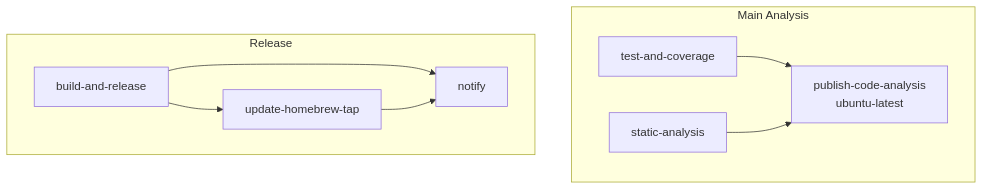
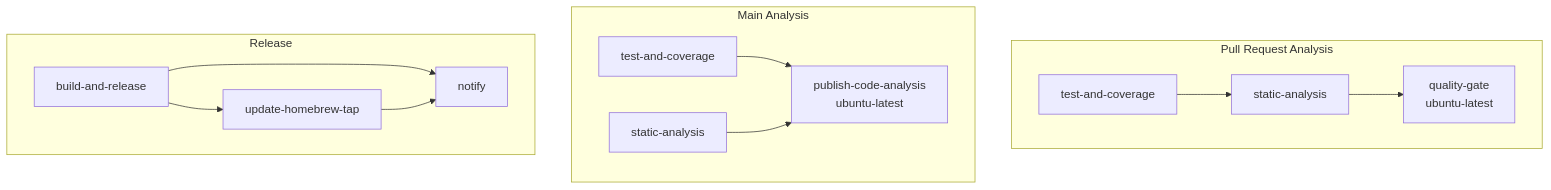
Before and after one commit to ericodx/swift-member-lineup: the second of 6 diagrams in Docs/CI/README.md, drawn with Mermaid. The commit also changed other lines of this file, not shown here.

Commit message:
docs: update CI README with PR analysis and Dependabot

````diff
--- a/Docs/CI/README.md
+++ b/Docs/CI/README.md
@@ -61,13 +93,18 @@
 ```mermaid
 graph TD
+    subgraph PR[Pull Request Analysis]
+        A1[test-and-coverage] --> A2[static-analysis]
+        A2 --> A3[quality-gate<br/>ubuntu-latest]
+    end
+
     subgraph Main[Main Analysis]
         B1[test-and-coverage] --> B3[publish-code-analysis<br/>ubuntu-latest]
         B2[static-analysis] --> B3
     end
 
     subgraph Rel[Release]
         D1[build-and-release] --> D2[update-homebrew-tap]
         D1 --> D3[notify]
         D2 --> D3
     end
 ```
````
